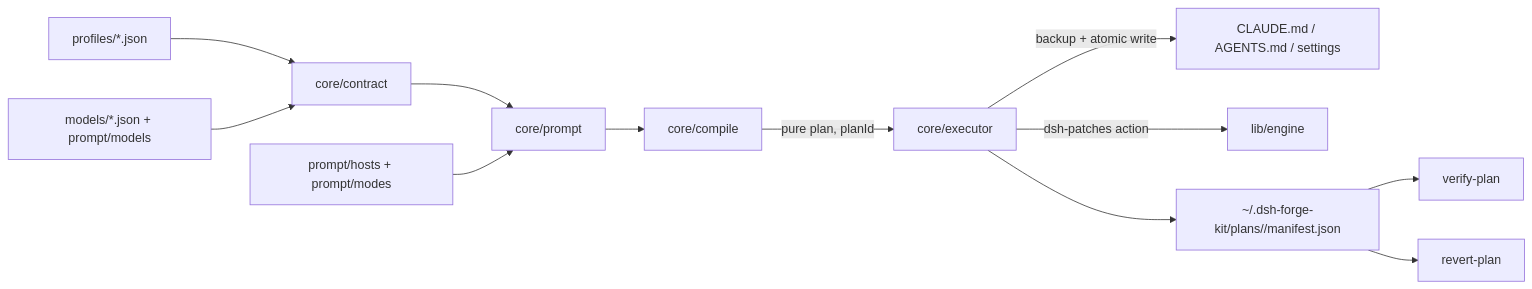
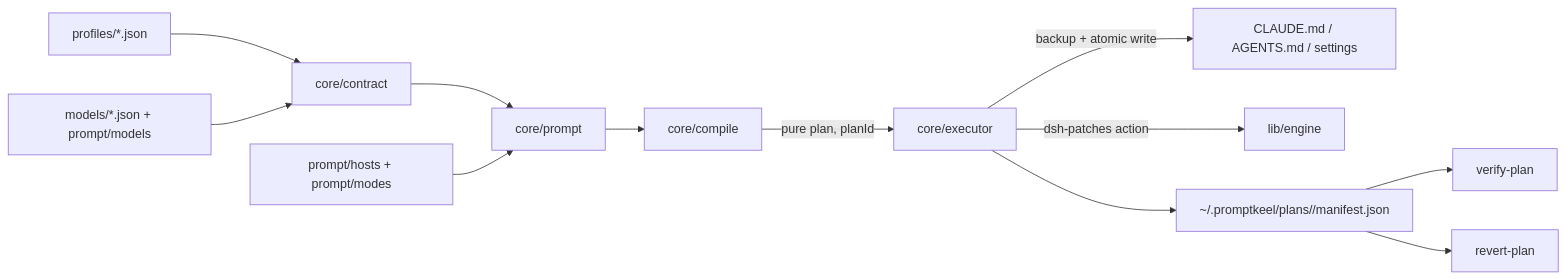
The third of 4 diagrams in docs/ARCHITECTURE.md (1152405245hwc-coder/promptkeel), drawn with Mermaid before and after one commit. The commit also changed other lines of this file and 22 other files, not shown here.

````diff
--- a/docs/ARCHITECTURE.md
+++ b/docs/ARCHITECTURE.md
@@ -139,14 +139,14 @@
 ```mermaid
 flowchart LR
   P[profiles/*.json] --> C[core/contract]
   M[models/*.json + prompt/models] --> C
   C --> R[core/prompt]
   R --> K[core/compile]
   T[prompt/hosts + prompt/modes] --> R
   K -->|pure plan, planId| A[core/executor]
   A -->|backup + atomic write| F[CLAUDE.md / AGENTS.md / settings]
   A -->|dsh-patches action| E[lib/engine]
-  A --> S[~/.dsh-forge-kit/plans/<id>/manifest.json]
+  A --> S[~/.promptkeel/plans/<id>/manifest.json]
   S --> V[verify-plan]
   S --> X[revert-plan]
 ```
````
